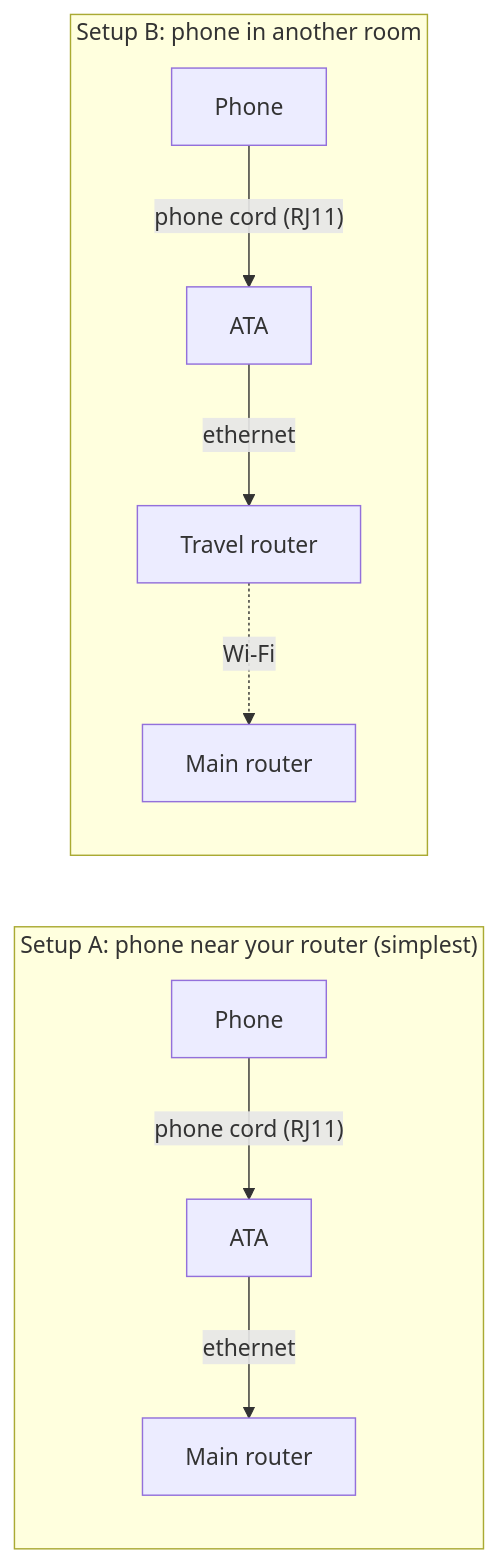
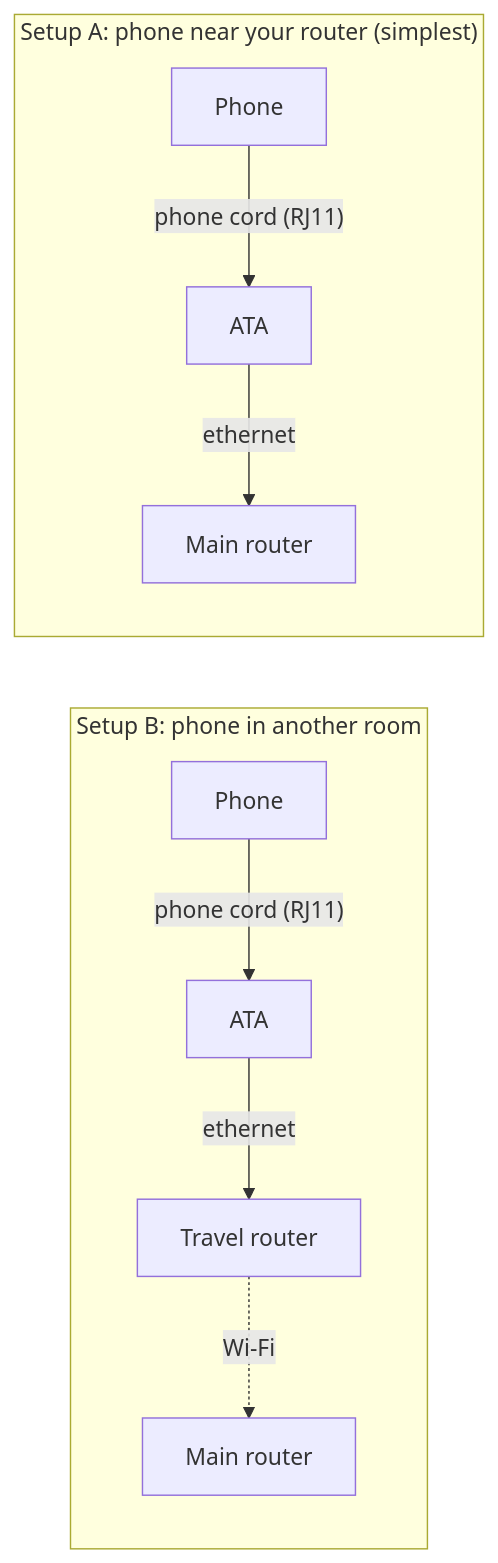
Before and after one commit to altrickter/home-phone: the diagram in README.md, drawn with Mermaid. The commit also changed other lines of this file, not shown here.

Commit message:
update mermaid

````diff
--- a/README.md
+++ b/README.md
@@ -37,9 +37,9 @@
 ```mermaid
 flowchart LR
+    subgraph B["Setup B: phone in another room"]
+        P2[Phone] -- phone cord (RJ11) --> ATA2[ATA] -- ethernet --> T[Travel router] -. Wi-Fi .-> R2[Main router]
+    end
     subgraph A["Setup A: phone near your router (simplest)"]
         P1[Phone] -- phone cord (RJ11) --> ATA1[ATA] -- ethernet --> R1[Main router]
     end
-    subgraph B["Setup B: phone in another room"]
-        P2[Phone] -- phone cord (RJ11) --> ATA2[ATA] -- ethernet --> T[Travel router] -. Wi-Fi .-> R2[Main router]
-    end
 ```
````
